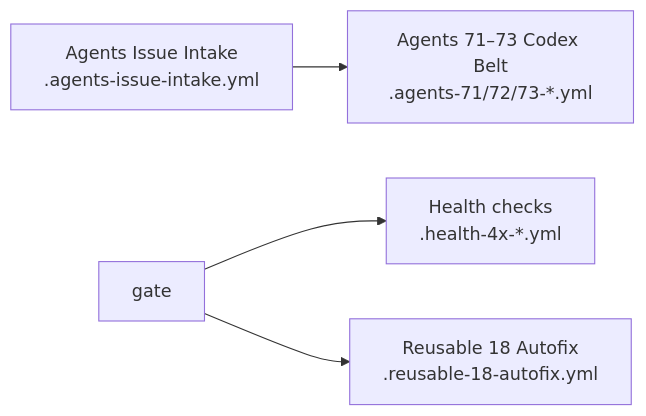
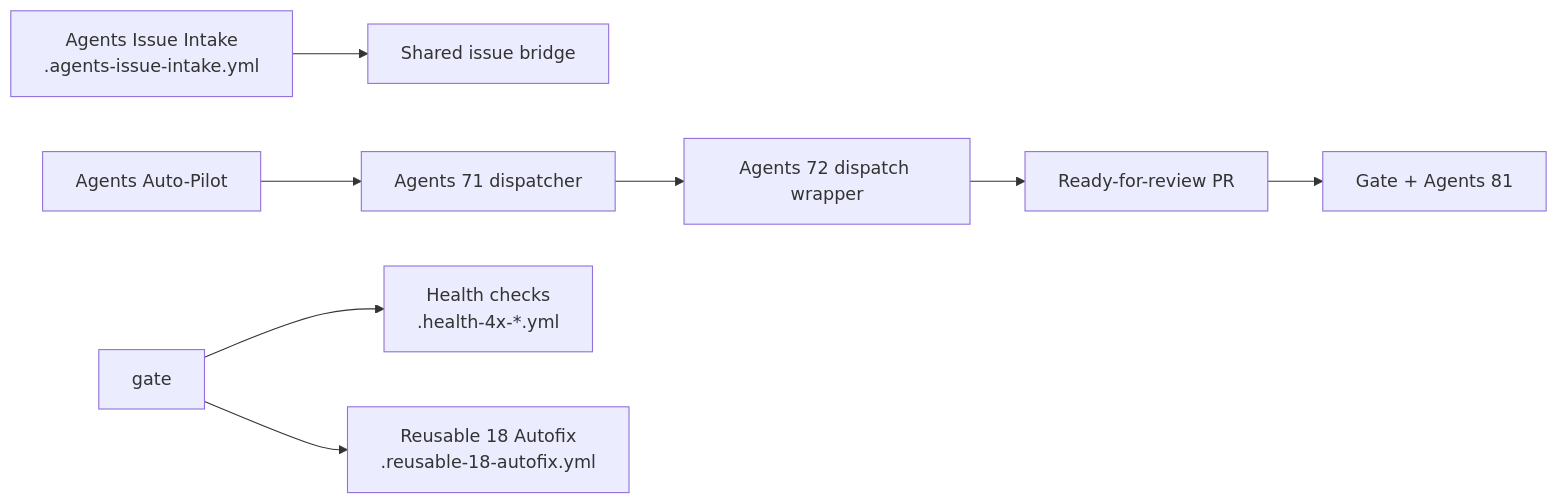
The first of 2 diagrams in docs/ci/WORKFLOWS.md (stranske/Trend_Model_Project), drawn with Mermaid before and after one commit. The commit also changed other lines of this file and 11 other files, not shown here.

````diff
--- a/docs/ci/WORKFLOWS.md
+++ b/docs/ci/WORKFLOWS.md
@@ -10,6 +10,8 @@
 ```mermaid
 flowchart LR
-    intake["Agents Issue Intake\n.agents-issue-intake.yml"] --> agentsBelt["Agents 71–73 Codex Belt\n.agents-71/72/73-*.yml"]
+    intake["Agents Issue Intake\n.agents-issue-intake.yml"] --> bridge["Shared issue bridge"]
+    autoPilot["Agents Auto-Pilot"] --> dispatcher["Agents 71 dispatcher"] --> workerDispatch["Agents 72 dispatch wrapper"]
+    workerDispatch --> readyPr["Ready-for-review PR"] --> gateFollowups["Gate + Agents 81"]
     gate --> healthGuard["Health checks\n.health-4x-*.yml"]
     gate --> autofix["Reusable 18 Autofix\n.reusable-18-autofix.yml"]
 ```
````
